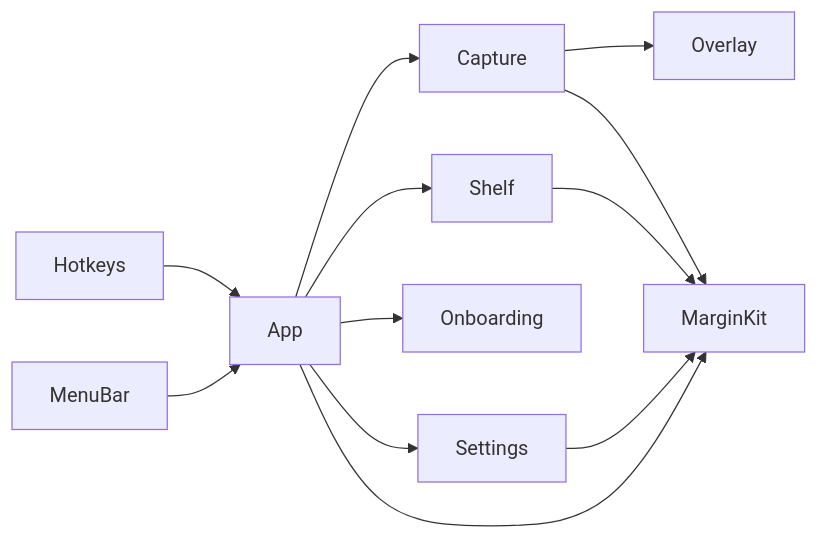
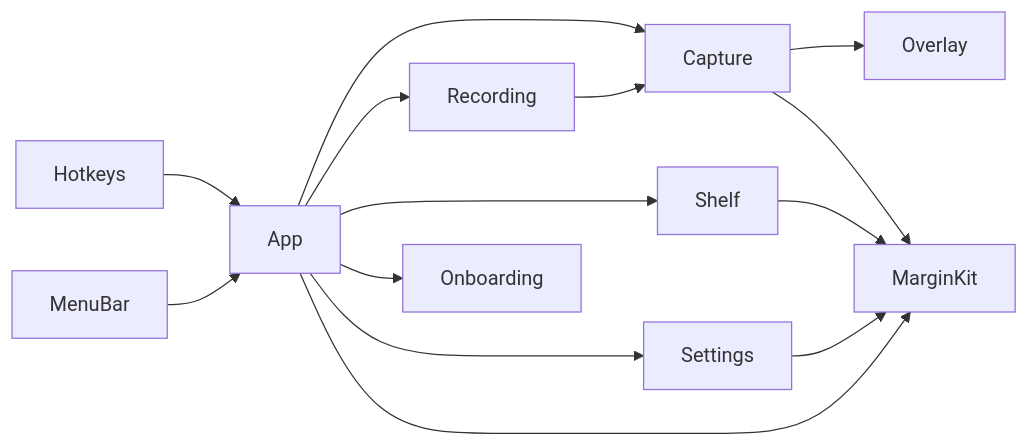
The first of 3 diagrams in docs/architecture.md (Jenish-Shobhit/margin), drawn with Mermaid before and after one commit. The commit also changed other lines of this file and 8 other files, not shown here.

First line of the commit message:
docs: screen recording (⇧⌘5) in the guides, QA, architecture and spec §14.4

````diff
--- a/docs/architecture.md
+++ b/docs/architecture.md
@@ -26,14 +27,16 @@
 ```mermaid
 flowchart LR
     Hotkeys --> App
     MenuBar --> App
     App --> Capture
+    App --> Recording
+    Recording --> Capture
     Capture --> Overlay
     App --> Shelf
     App --> Onboarding
     App --> Settings
     App --> MarginKit
     Capture --> MarginKit
     Shelf --> MarginKit
     Settings --> MarginKit
 ```
````
